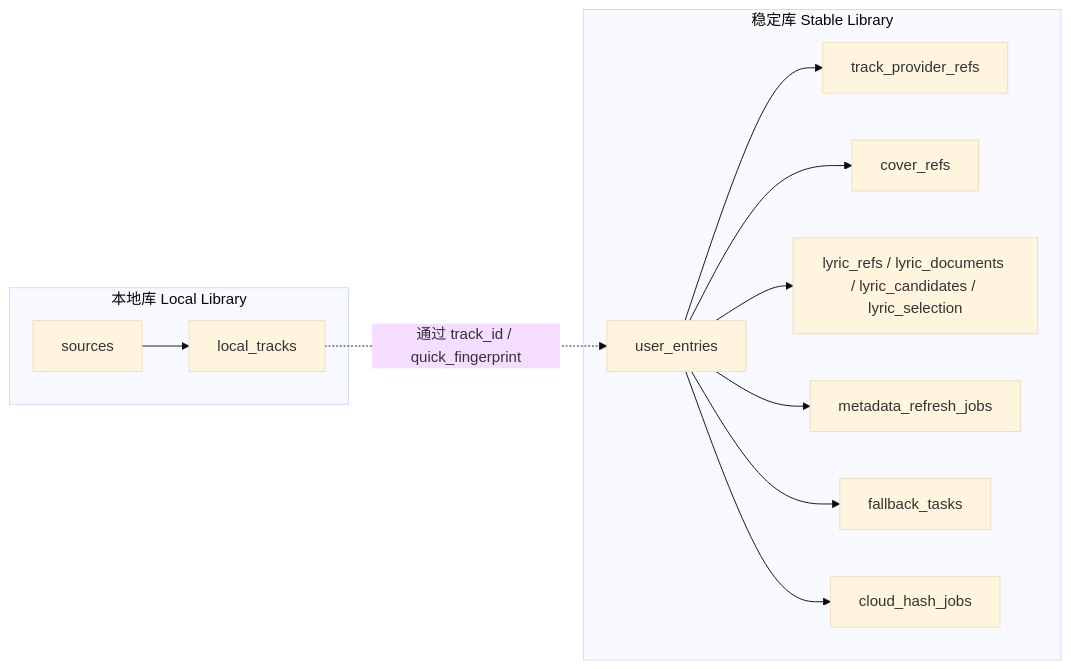
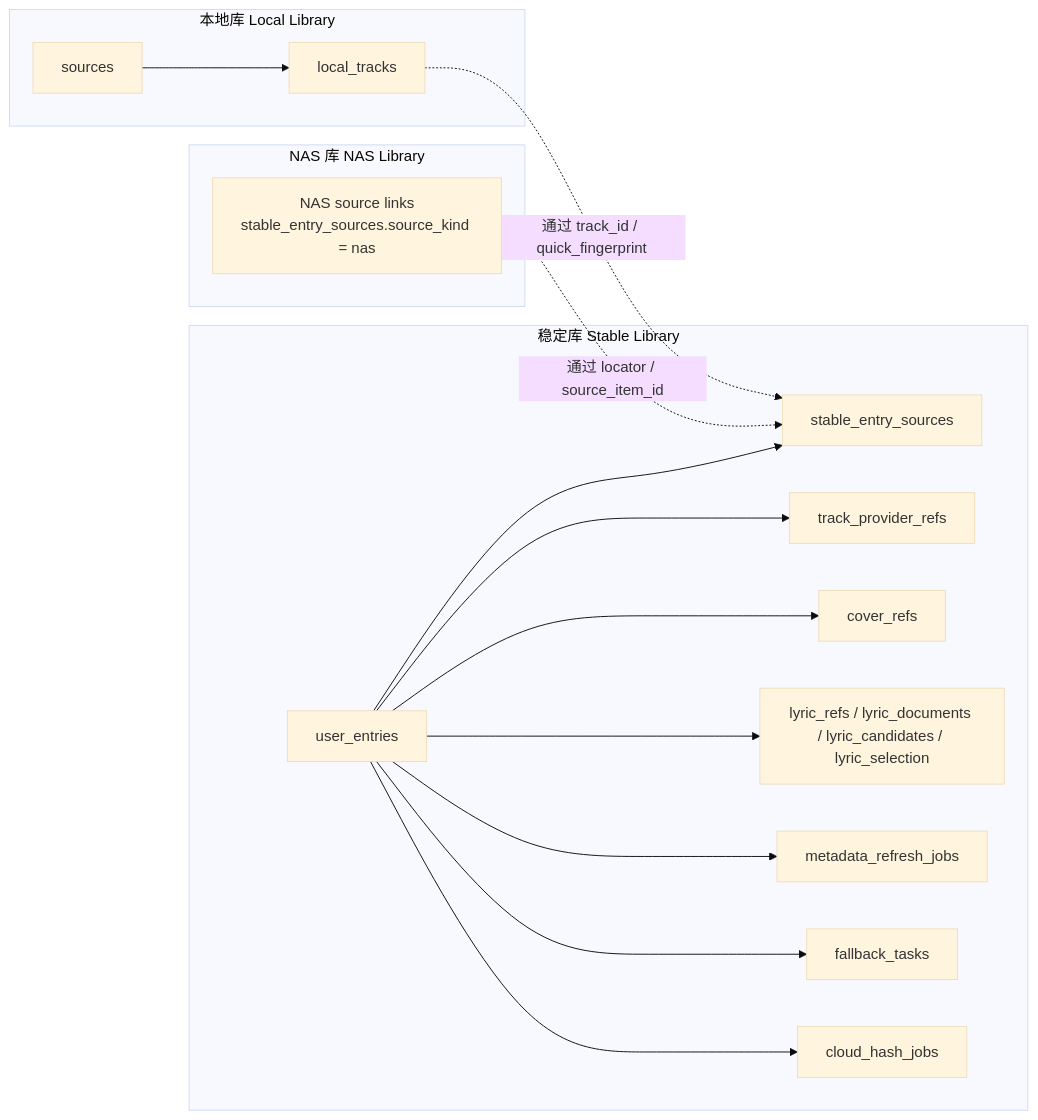
The second of 8 diagrams in pmp-database-reference.md (pxh52013145/PMP), drawn with Mermaid (base theme) before and after one commit. The commit also changed other lines of this file and 10 other files, not shown here.

Commit message:
feat(music-library): add NAS mode and stable entry sources

````diff
--- a/pmp-database-reference.md
+++ b/pmp-database-reference.md
@@ -124,26 +127,33 @@
 ```mermaid
 flowchart LR
   subgraph local["本地库 Local Library"]
     sources["sources"]
     tracks["local_tracks"]
   end
 
+  subgraph nas["NAS 库 NAS Library"]
+    nasSources["NAS source links\nstable_entry_sources.source_kind = nas"]
+  end
+
   subgraph stable["稳定库 Stable Library"]
     entries["user_entries"]
+    entrySources["stable_entry_sources"]
     refs["track_provider_refs"]
     covers["cover_refs"]
     lyrics["lyric_refs / lyric_documents / lyric_candidates / lyric_selection"]
     refresh["metadata_refresh_jobs"]
     fallback["fallback_tasks"]
     hashjobs["cloud_hash_jobs"]
   end
 
   sources --> tracks
-  tracks -. 通过 track_id / quick_fingerprint .-> entries
+  tracks -. 通过 track_id / quick_fingerprint .-> entrySources
+  nasSources -. 通过 locator / source_item_id .-> entrySources
+  entries --> entrySources
   entries --> refs
   entries --> covers
   entries --> lyrics
   entries --> refresh
   entries --> fallback
   entries --> hashjobs
 ```
````
